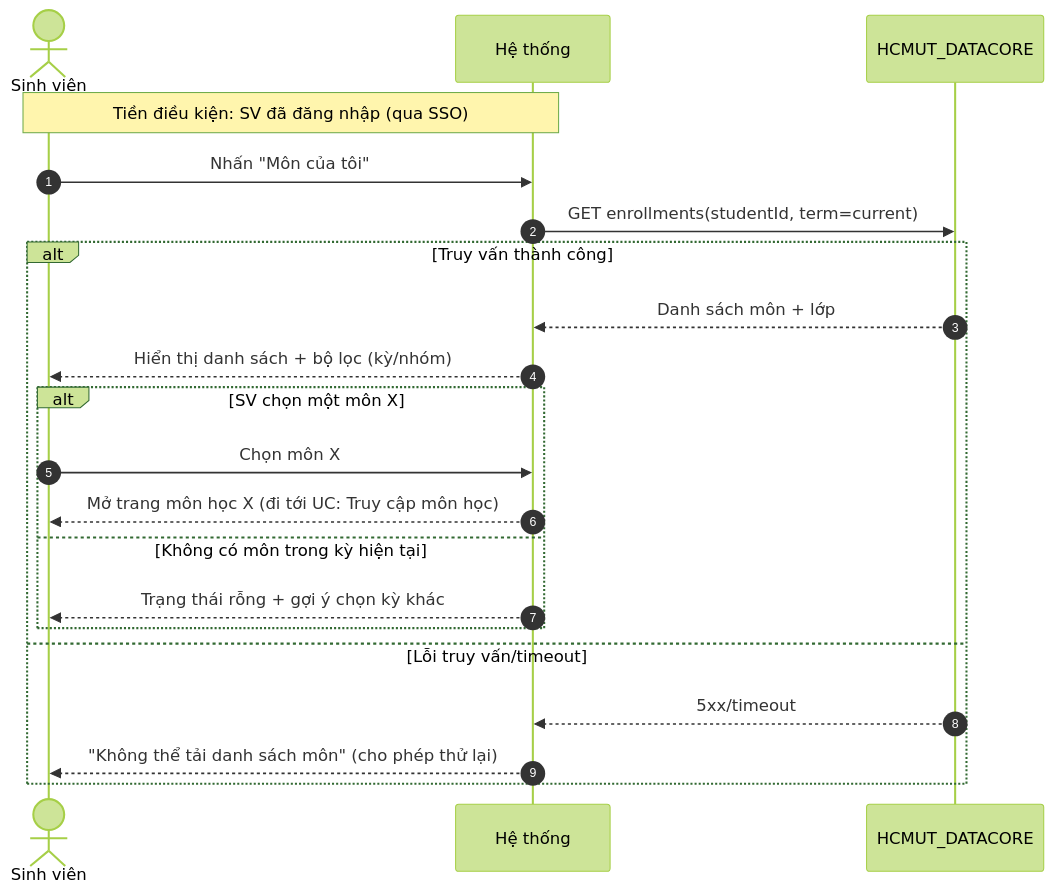
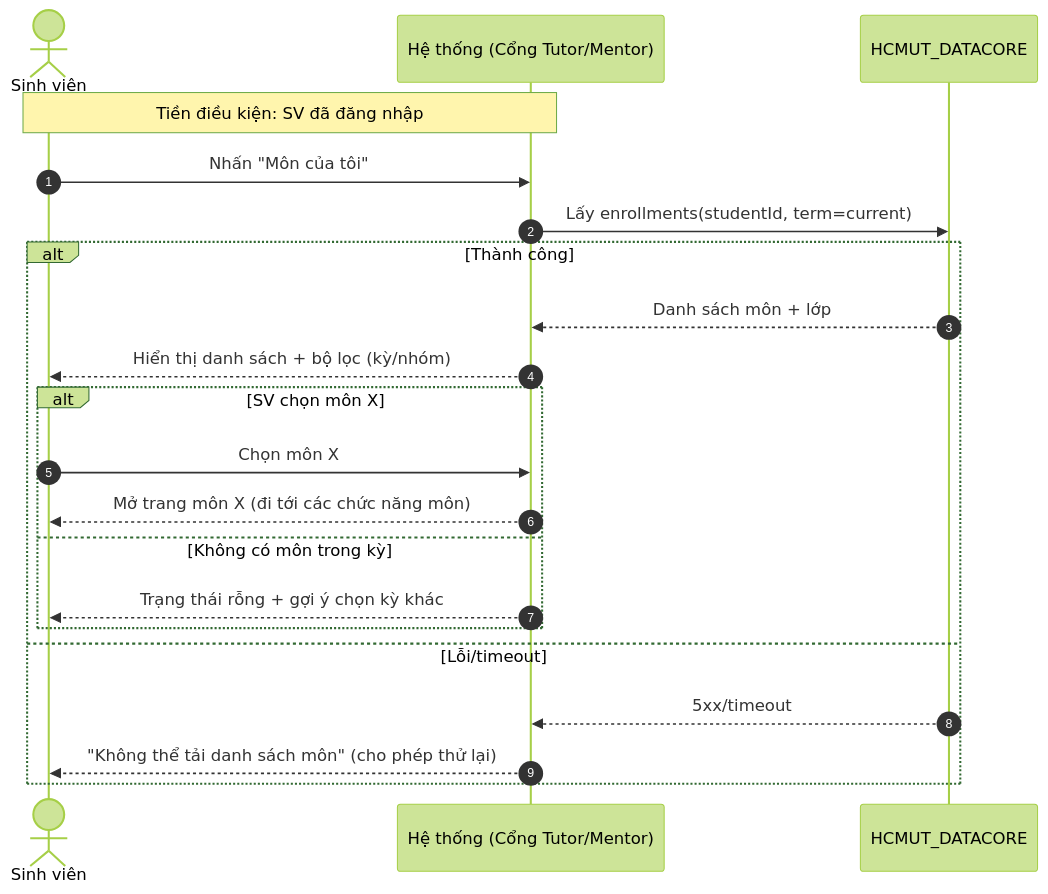
The second of 4 diagrams in CNPM.md (bqlam18/a), drawn with Mermaid (forest theme) before and after one commit. The commit also changed other lines of this file, not shown here.

````diff
--- a/CNPM.md
+++ b/CNPM.md
@@ -63,26 +51,26 @@
 ```mermaid
 sequenceDiagram
   autonumber
   actor SV as Sinh viên
-  participant SYS as Hệ thống
+  participant SYS as Hệ thống (Cổng Tutor/Mentor)
   participant DC as HCMUT_DATACORE
 
-  Note over SV,SYS: Tiền điều kiện: SV đã đăng nhập (qua SSO)
+  Note over SV,SYS: Tiền điều kiện: SV đã đăng nhập
 
   SV->>SYS: Nhấn "Môn của tôi"
-  SYS->>DC: GET enrollments(studentId, term=current)
+  SYS->>DC: Lấy enrollments(studentId, term=current)
 
-  alt Truy vấn thành công
+  alt Thành công
     DC-->>SYS: Danh sách môn + lớp
     SYS-->>SV: Hiển thị danh sách + bộ lọc (kỳ/nhóm)
-    alt SV chọn một môn X
+    alt SV chọn môn X
       SV->>SYS: Chọn môn X
-      SYS-->>SV: Mở trang môn học X (đi tới UC: Truy cập môn học)
-    else Không có môn trong kỳ hiện tại
+      SYS-->>SV: Mở trang môn X (đi tới các chức năng môn)
+    else Không có môn trong kỳ
       SYS-->>SV: Trạng thái rỗng + gợi ý chọn kỳ khác
     end
-  else Lỗi truy vấn/timeout
+  else Lỗi/timeout
     DC-->>SYS: 5xx/timeout
     SYS-->>SV: "Không thể tải danh sách môn" (cho phép thử lại)
   end
 ```
````
